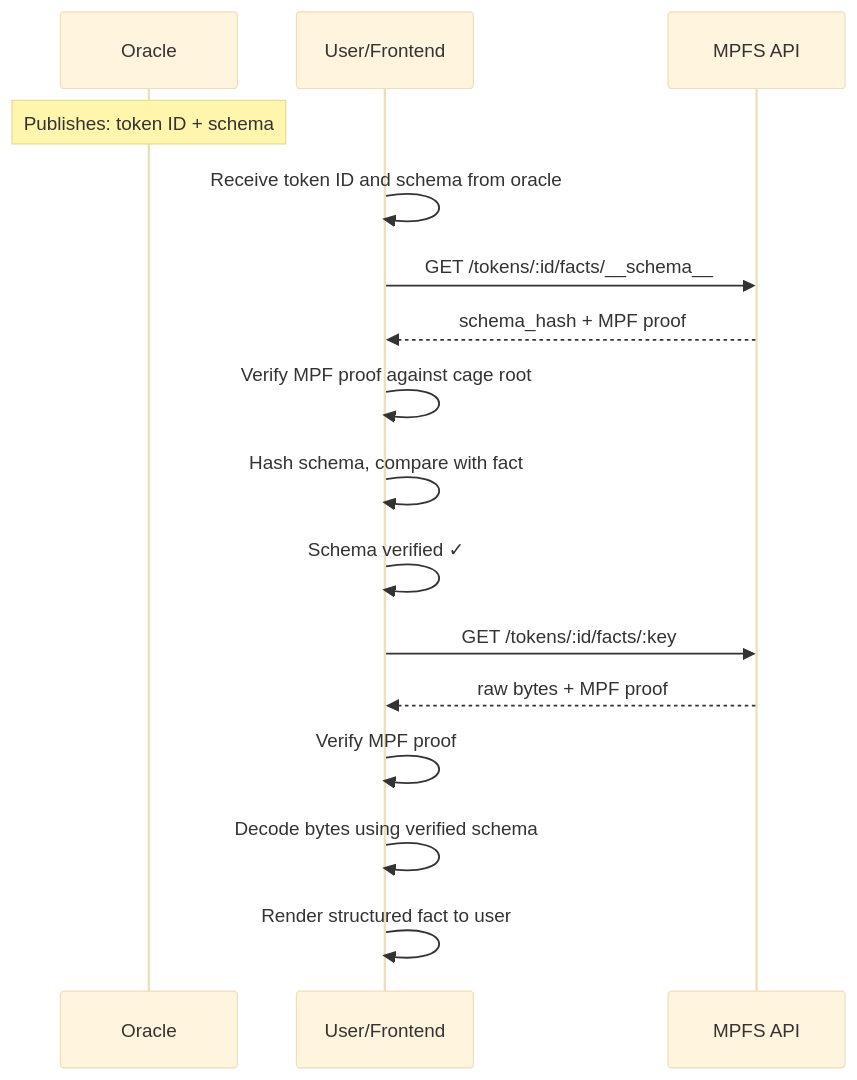
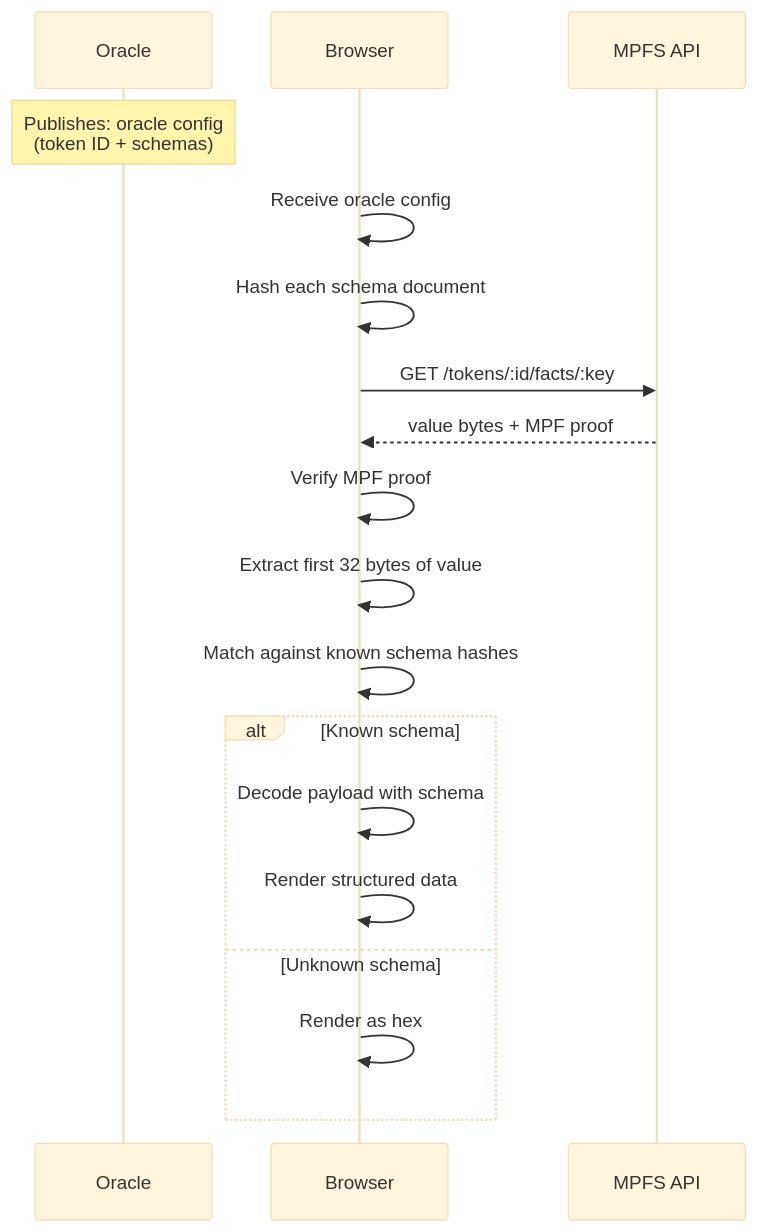
Before and after one commit to lambdasistemi/cardano-mpfs-browser: the fourth of 10 diagrams in docs/design.md, drawn with Mermaid (base theme). The commit also changed other lines of this file, not shown here.

First line of the commit message:
docs: update schema design — self-describing facts

````diff
--- a/docs/design.md
+++ b/docs/design.md
@@ -237,24 +254,25 @@
 ```mermaid
 sequenceDiagram
     participant O as Oracle
-    participant U as User/Frontend
+    participant B as Browser
     participant API as MPFS API
 
-    Note over O: Publishes: token ID + schema
+    Note over O: Publishes: oracle config<br/>(token ID + schemas)
 
-    U->>U: Receive token ID and schema from oracle
+    B->>B: Receive oracle config
+    B->>B: Hash each schema document
 
-    U->>API: GET /tokens/:id/facts/__schema__
-    API-->>U: schema_hash + MPF proof
+    B->>API: GET /tokens/:id/facts/:key
+    API-->>B: value bytes + MPF proof
 
-    U->>U: Verify MPF proof against cage root
-    U->>U: Hash schema, compare with fact
-    U->>U: Schema verified ✓
+    B->>B: Verify MPF proof
+    B->>B: Extract first 32 bytes of value
+    B->>B: Match against known schema hashes
 
-    U->>API: GET /tokens/:id/facts/:key
-    API-->>U: raw bytes + MPF proof
-
-    U->>U: Verify MPF proof
-    U->>U: Decode bytes using verified schema
-    U->>U: Render structured fact to user
+    alt Known schema
+        B->>B: Decode payload with schema
+        B->>B: Render structured data
+    else Unknown schema
+        B->>B: Render as hex
+    end
 ```
````
